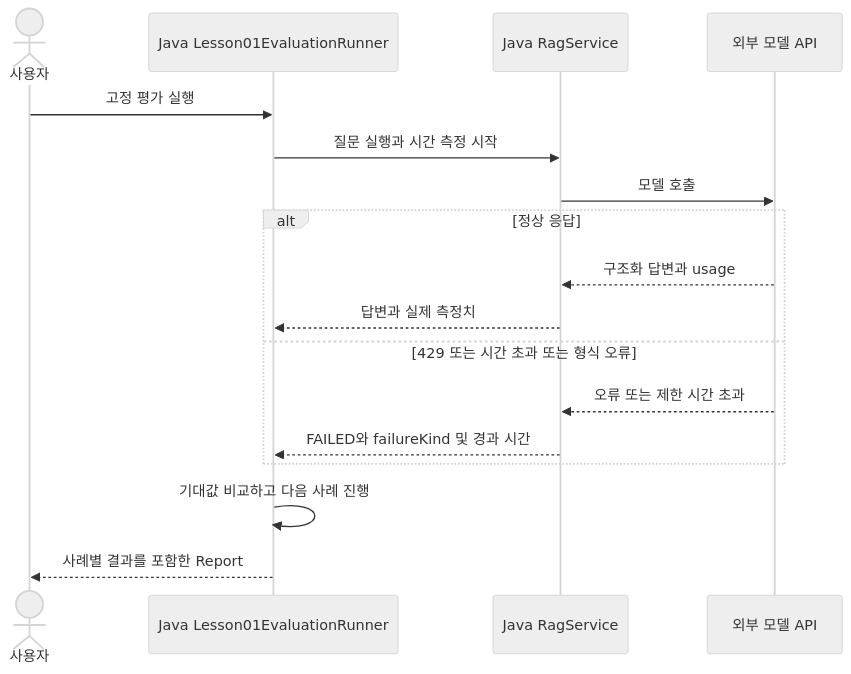
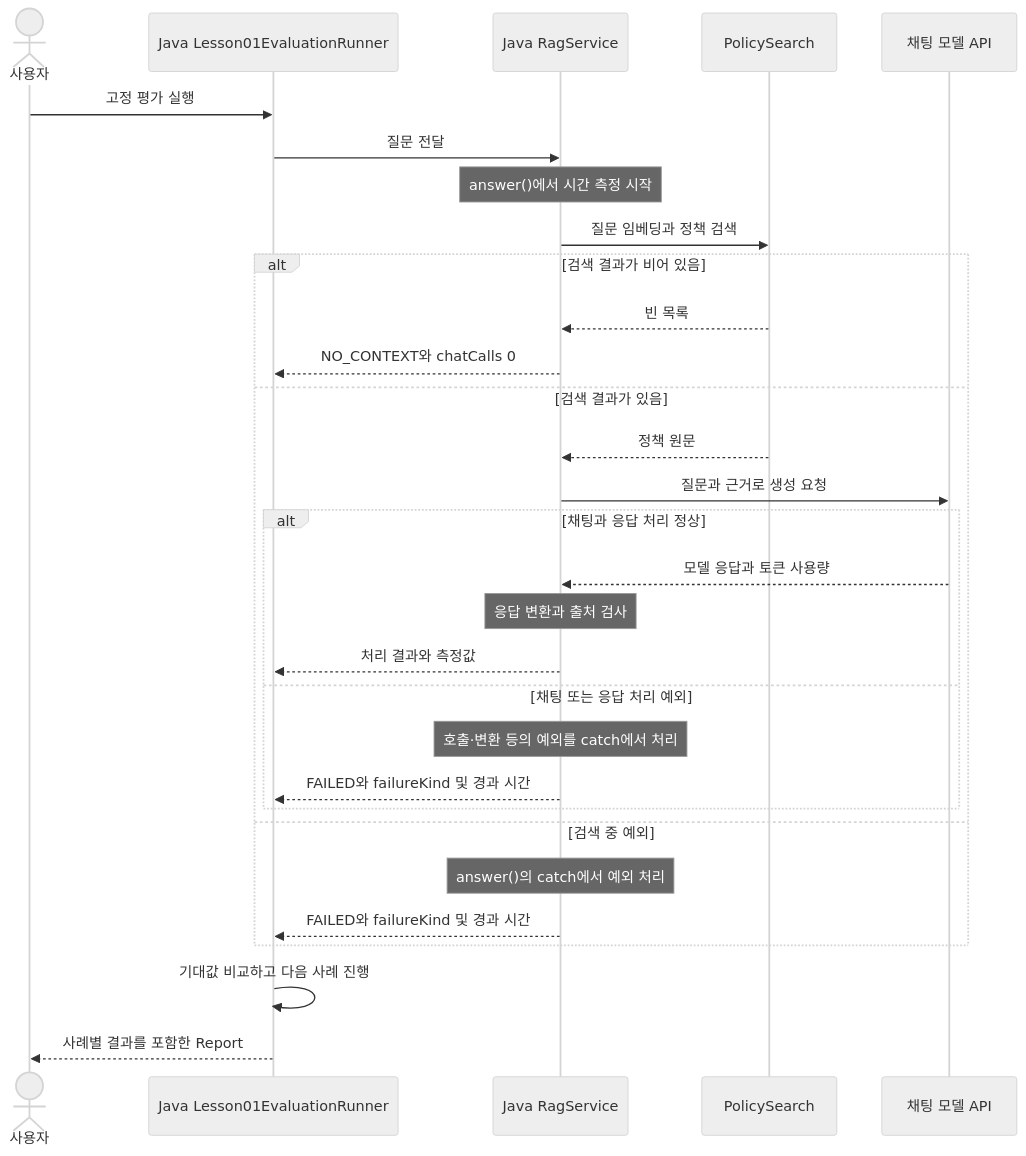
Before and after one commit to Justin-ad-Park/SpringShoppingAI: the diagram in Spring-AI-Agent-Learning/docs/lessons/12-evaluation/05-failures.md, drawn with Mermaid (neutral theme). The commit also changed other lines of this file and 13 other files, not shown here.

````diff
--- a/Spring-AI-Agent-Learning/docs/lessons/12-evaluation/05-failures.md
+++ b/Spring-AI-Agent-Learning/docs/lessons/12-evaluation/05-failures.md
@@ -106,19 +110,32 @@
 ```mermaid
 sequenceDiagram
     actor User as 사용자
     participant App as Java Lesson01EvaluationRunner
     participant Rag as Java RagService
-    participant Model as 외부 모델 API
+    participant Search as PolicySearch
+    participant Model as 채팅 모델 API
     User->>App: 고정 평가 실행
-    App->>Rag: 질문 실행과 시간 측정 시작
-    Rag->>Model: 모델 호출
-    alt 정상 응답
-        Model-->>Rag: 구조화 답변과 usage
-        Rag-->>App: 답변과 실제 측정치
-    else 429 또는 시간 초과 또는 형식 오류
-        Model-->>Rag: 오류 또는 제한 시간 초과
+    App->>Rag: 질문 전달
+    Note over Rag: answer()에서 시간 측정 시작
+    Rag->>Search: 질문 임베딩과 정책 검색
+    alt 검색 결과가 비어 있음
+        Search-->>Rag: 빈 목록
+        Rag-->>App: NO_CONTEXT와 chatCalls 0
+    else 검색 결과가 있음
+        Search-->>Rag: 정책 원문
+        Rag->>Model: 질문과 근거로 생성 요청
+        alt 채팅과 응답 처리 정상
+            Model-->>Rag: 모델 응답과 토큰 사용량
+            Note over Rag: 응답 변환과 출처 검사
+            Rag-->>App: 처리 결과와 측정값
+        else 채팅 또는 응답 처리 예외
+            Note over Rag: 호출·변환 등의 예외를 catch에서 처리
+            Rag-->>App: FAILED와 failureKind 및 경과 시간
+        end
+    else 검색 중 예외
+        Note over Rag: answer()의 catch에서 예외 처리
         Rag-->>App: FAILED와 failureKind 및 경과 시간
     end
     App->>App: 기대값 비교하고 다음 사례 진행
     App-->>User: 사례별 결과를 포함한 Report
 ```
````
